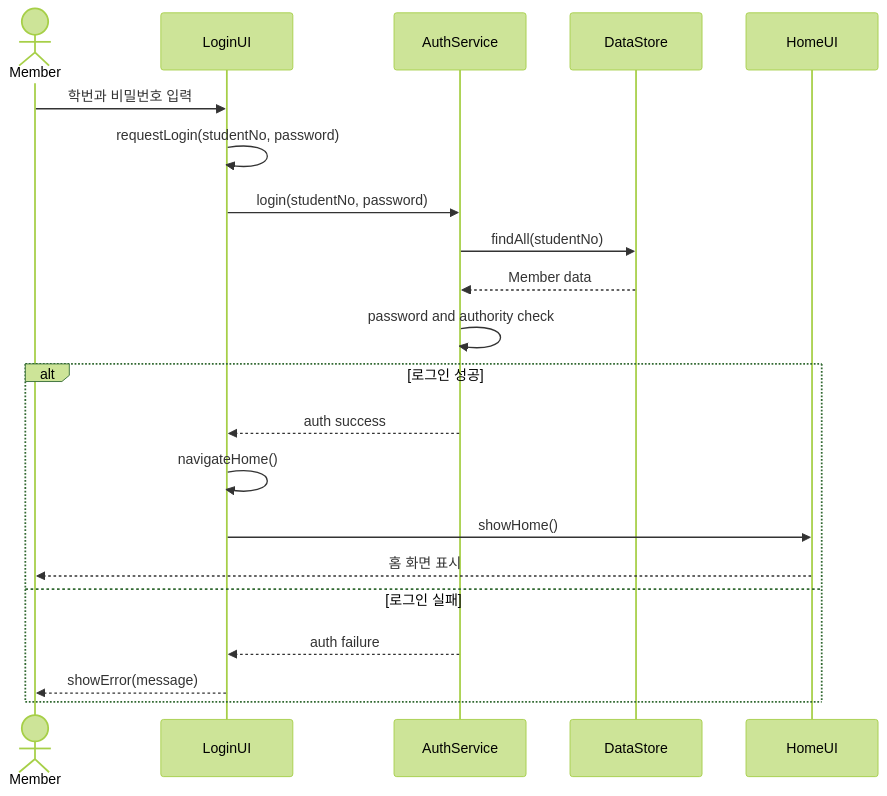
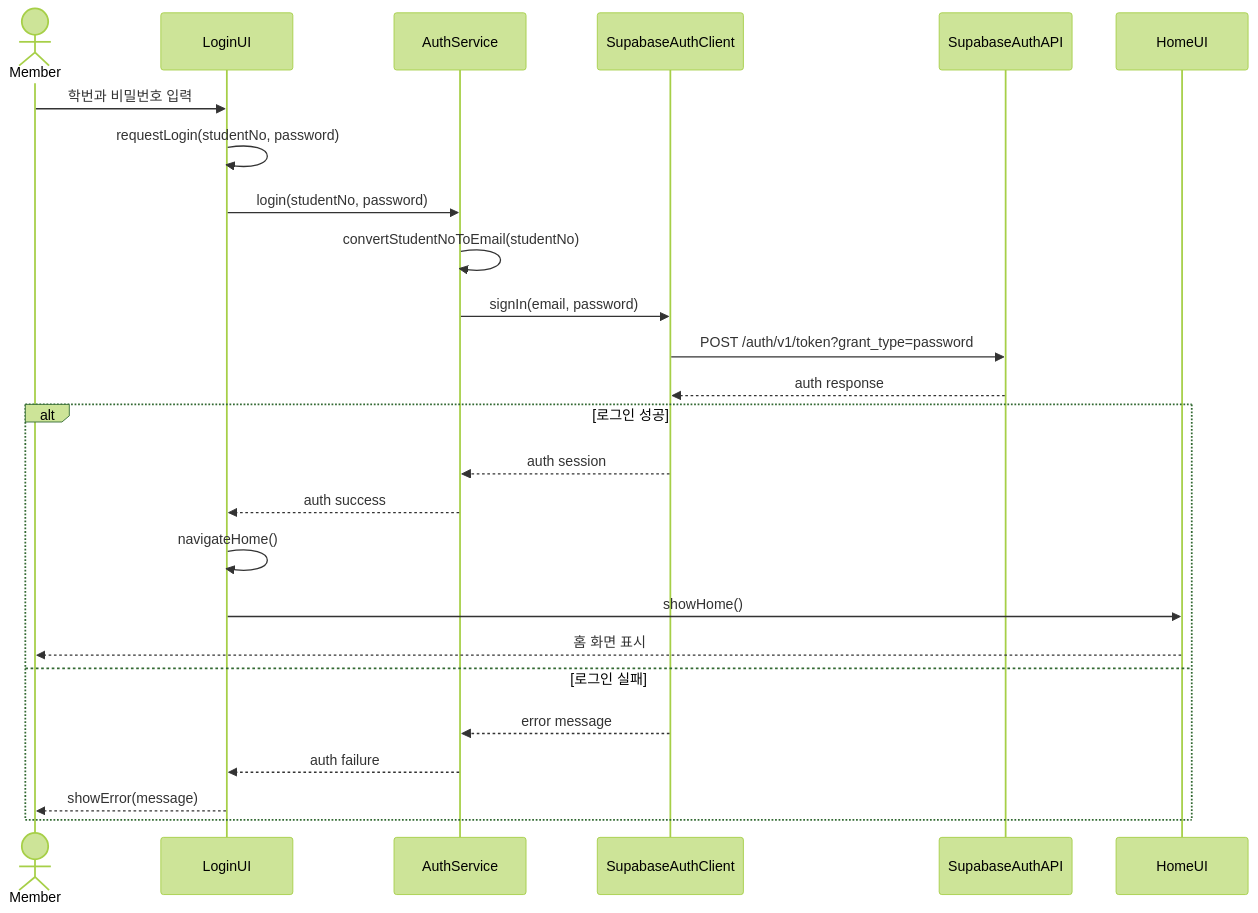
Before and after one commit to goldong23/Jo-Yul: the third of 16 diagrams in Design_22411923_홍주은.md, drawn with Mermaid (forest theme). The commit also changed other lines of this file and 19 other files, not shown here.

````diff
--- a/Design_22411923_홍주은.md
+++ b/Design_22411923_홍주은.md
@@ -348,24 +377,28 @@
 ```mermaid
 sequenceDiagram
     actor Member
     participant LoginUI
     participant AuthService
-    participant DataStore
+    participant SupabaseAuthClient
+    participant SupabaseAuthAPI
     participant HomeUI
 
     Member->>LoginUI: 학번과 비밀번호 입력
     LoginUI->>LoginUI: requestLogin(studentNo, password)
     LoginUI->>AuthService: login(studentNo, password)
-    AuthService->>DataStore: findAll(studentNo)
-    DataStore-->>AuthService: Member data
-    AuthService->>AuthService: password and authority check
+    AuthService->>AuthService: convertStudentNoToEmail(studentNo)
+    AuthService->>SupabaseAuthClient: signIn(email, password)
+    SupabaseAuthClient->>SupabaseAuthAPI: POST /auth/v1/token?grant_type=password
+    SupabaseAuthAPI-->>SupabaseAuthClient: auth response
     alt 로그인 성공
+        SupabaseAuthClient-->>AuthService: auth session
         AuthService-->>LoginUI: auth success
         LoginUI->>LoginUI: navigateHome()
         LoginUI->>HomeUI: showHome()
         HomeUI-->>Member: 홈 화면 표시
     else 로그인 실패
+        SupabaseAuthClient-->>AuthService: error message
         AuthService-->>LoginUI: auth failure
         LoginUI-->>Member: showError(message)
     end
 ```
````
